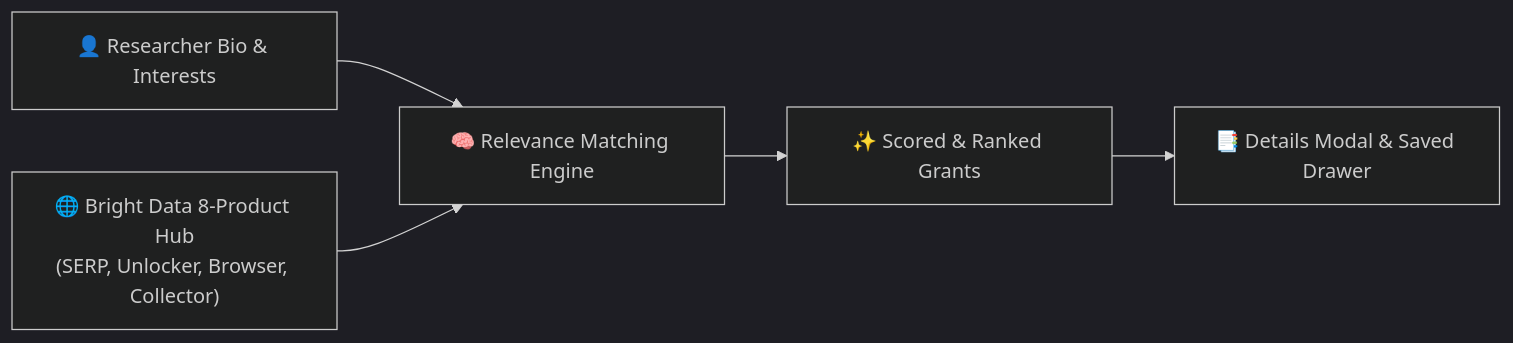
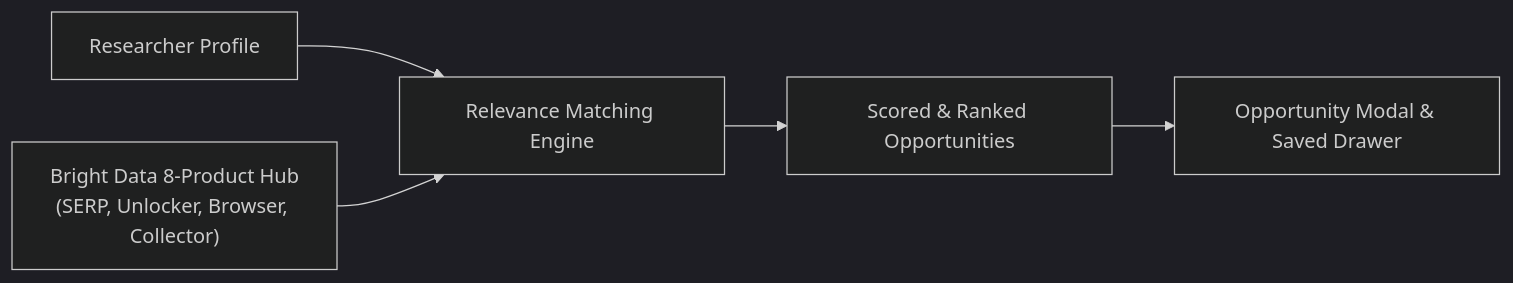
Before and after one commit to Anurag-tech22/lublue: the first of 4 diagrams in README.md, drawn with Mermaid (dark theme). The commit also changed other lines of this file, not shown here.

````diff
--- a/README.md
+++ b/README.md
@@ -36,7 +29,7 @@
 ```mermaid
 graph LR
-    A["👤 Researcher Bio & Interests"] --> B["🧠 Relevance Matching Engine"]
-    C["🌐 Bright Data 8-Product Hub<br/>(SERP, Unlocker, Browser, Collector)"] --> B
-    B --> D["✨ Scored & Ranked Grants"]
-    D --> E["📑 Details Modal & Saved Drawer"]
+    A["Researcher Profile"] --> B["Relevance Matching Engine"]
+    C["Bright Data 8-Product Hub<br/>(SERP, Unlocker, Browser, Collector)"] --> B
+    B --> D["Scored & Ranked Opportunities"]
+    D --> E["Opportunity Modal & Saved Drawer"]
 ```
````
